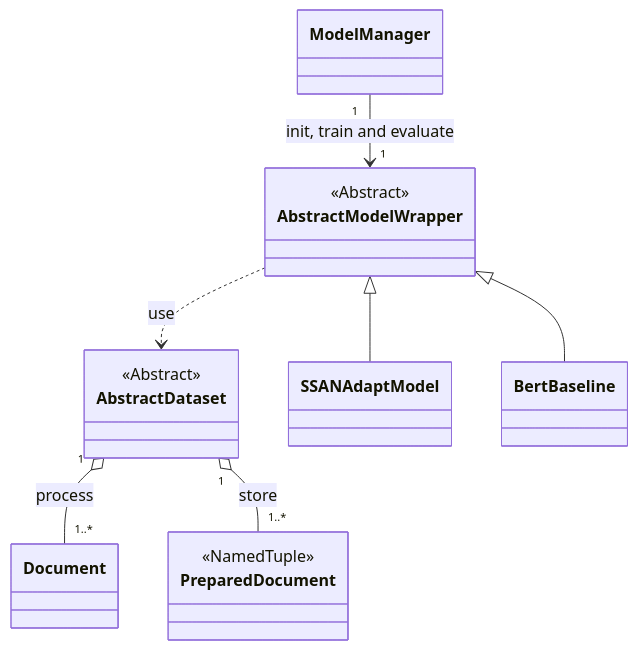
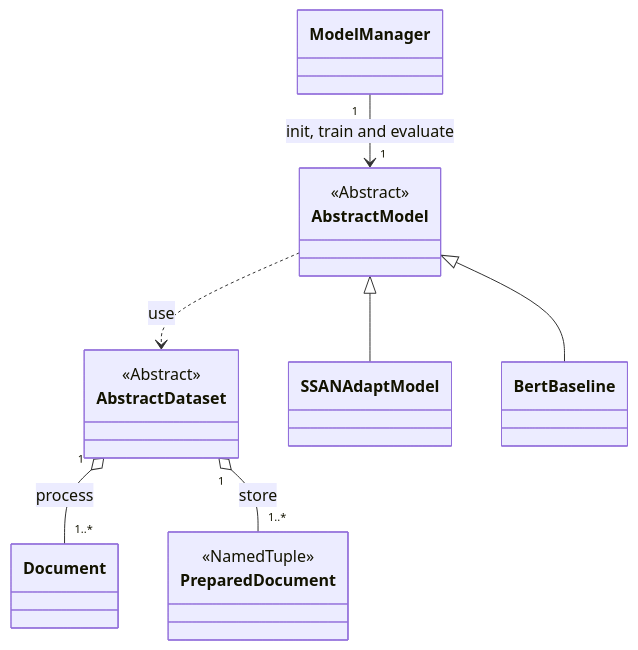
The second of 3 diagrams in README.md (phos-phophy/creed), drawn with Mermaid before and after one commit. The commit also changed other lines of this file and 6 other files, not shown here.

````diff
--- a/README.md
+++ b/README.md
@@ -110,23 +109,23 @@
 ```mermaid
 classDiagram
 directionTB
-    ModelManager "1" --> "1" AbstractModelWrapper : init, train and evaluate
-    AbstractModelWrapper ..> AbstractDataset : use
+    ModelManager "1" --> "1" AbstractModel : init, train and evaluate
+    AbstractModel ..> AbstractDataset : use
     AbstractDataset "1" o-- "1..*" Document : process
     AbstractDataset "1" o-- "1..*" PreparedDocument : store
     
-    AbstractModelWrapper <|-- SSANAdaptModel
-    AbstractModelWrapper <|-- BertBaseline
+    AbstractModel <|-- SSANAdaptModel
+    AbstractModel <|-- BertBaseline
     
-    class AbstractModelWrapper{
+    class AbstractModel{
         <<Abstract>>
     }
     
     class AbstractDataset{
         <<Abstract>>
     }
     
     class PreparedDocument{
         <<NamedTuple>>
     }
 ```
````
